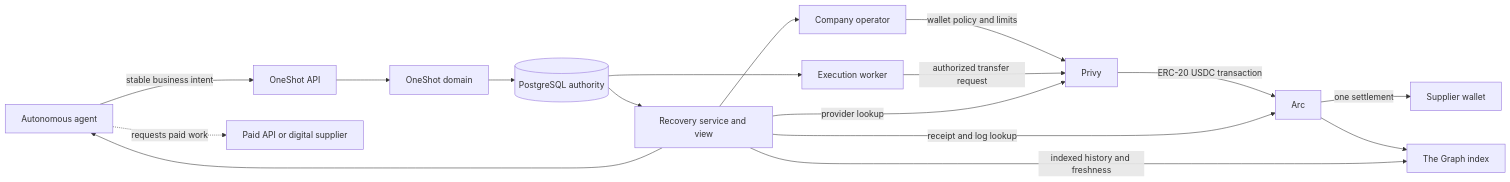
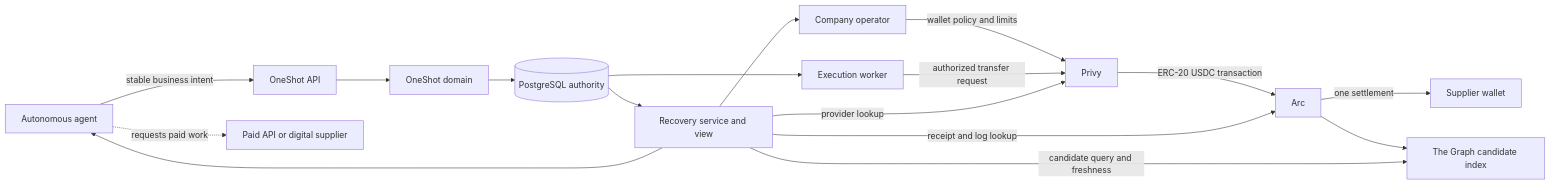
One commit to SWOFART/OneShot changed the third of 6 diagrams in plan.md. Above: the diagram before and after it, drawn with Mermaid. The commit also changed other lines of this file and 31 other files, not shown here.

````diff
--- a/plan.md
+++ b/plan.md
@@ -54,19 +150,19 @@
 ```mermaid
 flowchart LR
     Company[Company operator] -->|wallet policy and limits| Privy[Privy]
     Agent[Autonomous agent] -->|stable business intent| API[OneShot API]
     Agent -.->|requests paid work| SupplierAPI[Paid API or digital supplier]
     API --> Core[OneShot domain]
     Core --> DB[(PostgreSQL authority)]
     DB --> Worker[Execution worker]
     Worker -->|authorized transfer request| Privy
     Privy -->|ERC-20 USDC transaction| Arc[Arc]
     Arc -->|one settlement| SupplierWallet[Supplier wallet]
-    Arc --> Graph[The Graph index]
+    Arc --> History[The Graph candidate index]
     DB --> Recovery[Recovery service and view]
     Recovery -->|provider lookup| Privy
     Recovery -->|receipt and log lookup| Arc
-    Recovery -->|indexed history and freshness| Graph
+    Recovery -->|candidate query and freshness| History
     Recovery --> Agent
     Recovery --> Company
 ```
````
